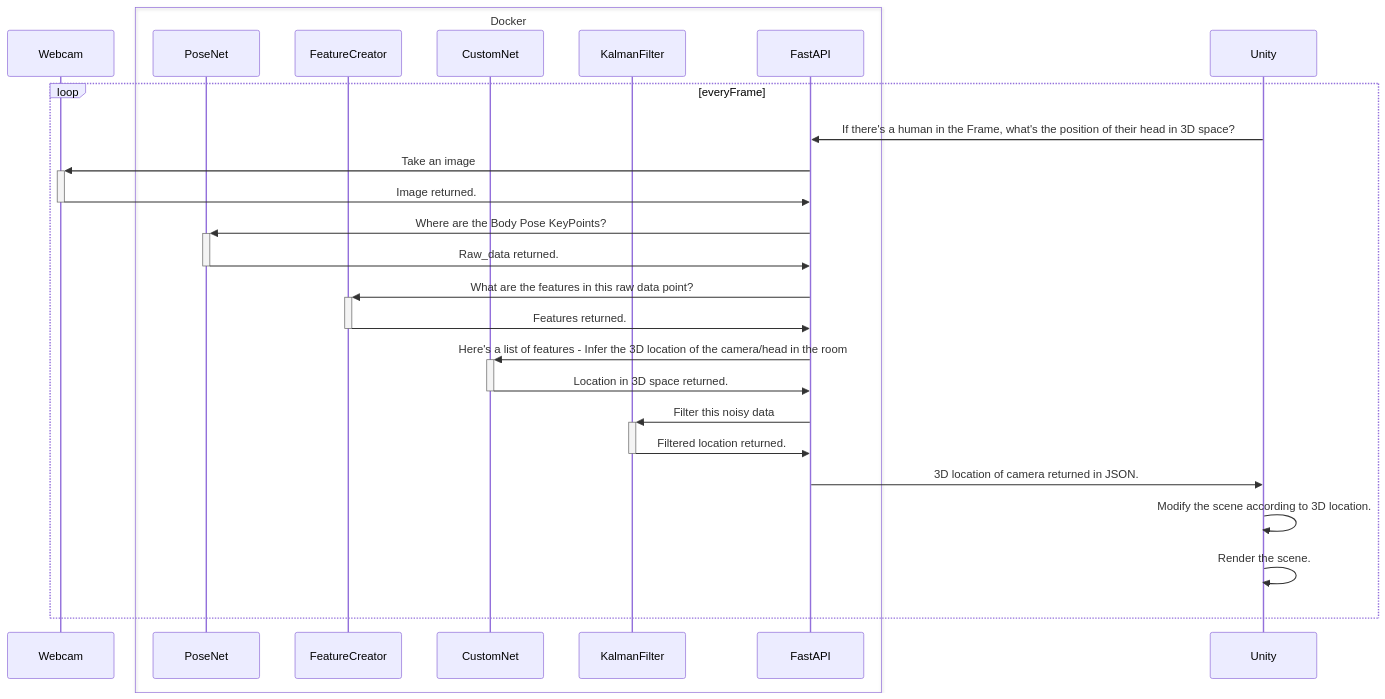
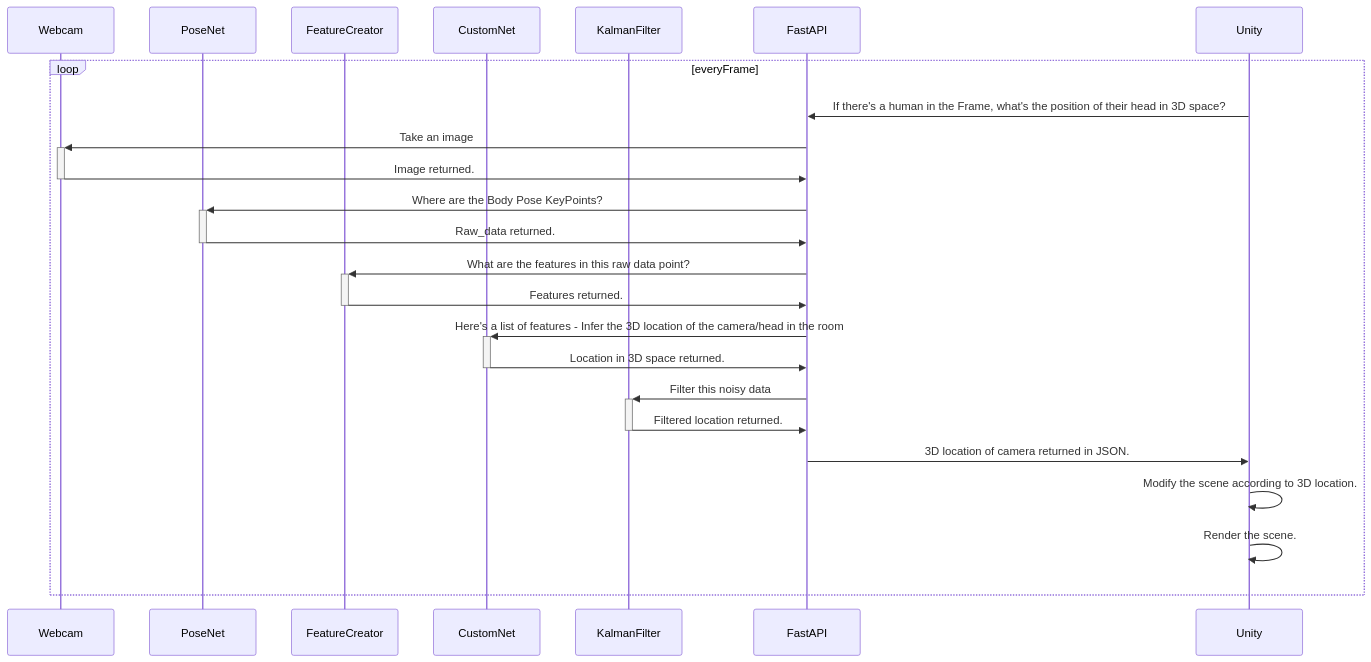
The diagram in _projects/3D_Display.md (eyast/eyast.github.io), drawn with Mermaid before and after one commit.

Commit message:
no boxes

```diff
--- a/_projects/3D_Display.md
+++ b/_projects/3D_Display.md
@@ -31,29 +31,27 @@
 {% mermaid %}
 sequenceDiagram
     participant Webcam
-    box Docker
     participant PoseNet
     participant FeatureCreator
     participant CustomNet
     participant KalmanFilter
     participant FastAPI
-    end
     participant Unity
     loop everyFrame
     Unity->>FastAPI:If there's a human in the Frame, what's the position of their head in 3D space?
     FastAPI->>+Webcam: Take an image
     Webcam->>-FastAPI: Image returned.
     FastAPI->>+PoseNet: Where are the Body Pose KeyPoints?
     PoseNet->>-FastAPI: Raw_data returned.
     FastAPI->>+FeatureCreator: What are the features in this raw data point?
     FeatureCreator->>-FastAPI: Features returned.
     FastAPI->>+CustomNet: Here's a list of features - Infer the 3D location of the camera/head in the room
     CustomNet->>-FastAPI: Location in 3D space returned.
     FastAPI->>+KalmanFilter: Filter this noisy data
     KalmanFilter->>-FastAPI: Filtered location returned.
     FastAPI->>Unity: 3D location of camera returned in JSON.
     Unity->>Unity: Modify the scene according to 3D location.
     Unity->>Unity: Render the scene.
     end
 
 {% endmermaid %}
```
